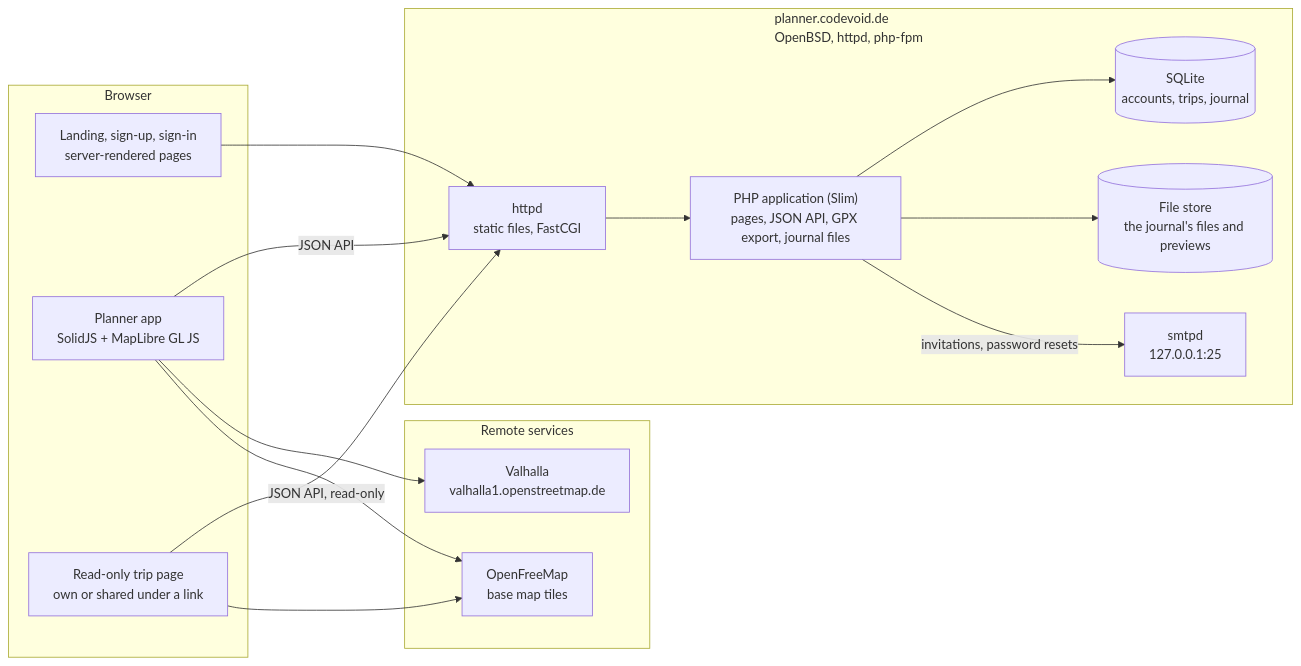
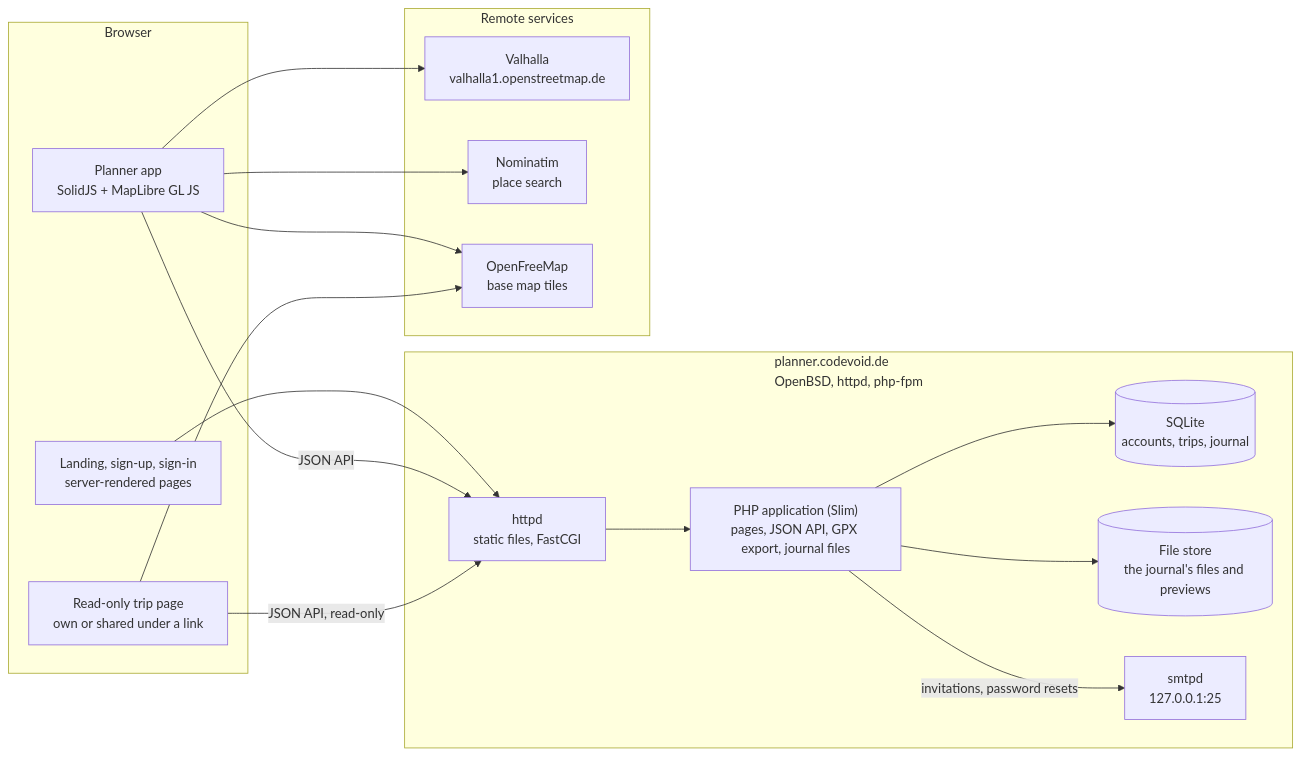
The first of 3 diagrams in .github/architecture.md (c0dev0id/TripPlanner), drawn with Mermaid before and after one commit. The commit also changed other lines of this file and 13 other files, not shown here.

First line of the commit message:
Place and address search over the map

````diff
--- a/.github/architecture.md
+++ b/.github/architecture.md
@@ -8,29 +8,31 @@
 ```mermaid
 flowchart LR
   subgraph browser["Browser"]
     pages["Landing, sign-up, sign-in<br/>server-rendered pages"]
     app["Planner app<br/>SolidJS + MapLibre GL JS"]
     view["Read-only trip page<br/>own or shared under a link"]
   end
   subgraph server["planner.codevoid.de<br/>OpenBSD, httpd, php-fpm"]
     httpd["httpd<br/>static files, FastCGI"]
     php["PHP application (Slim)<br/>pages, JSON API, GPX export, journal files"]
     db[("SQLite<br/>accounts, trips, journal")]
     files[("File store<br/>the journal's files and previews")]
     smtpd["smtpd<br/>127.0.0.1:25"]
   end
   subgraph remote["Remote services"]
     valhalla["Valhalla<br/>valhalla1.openstreetmap.de"]
+    nominatim["Nominatim<br/>place search"]
     tiles["OpenFreeMap<br/>base map tiles"]
   end
   pages --> httpd
   app -->|JSON API| httpd
   view -->|JSON API, read-only| httpd
   httpd --> php
   php --> db
   php --> files
   php -->|invitations, password resets| smtpd
   app --> valhalla
+  app --> nominatim
   app --> tiles
   view --> tiles
 ```
````
